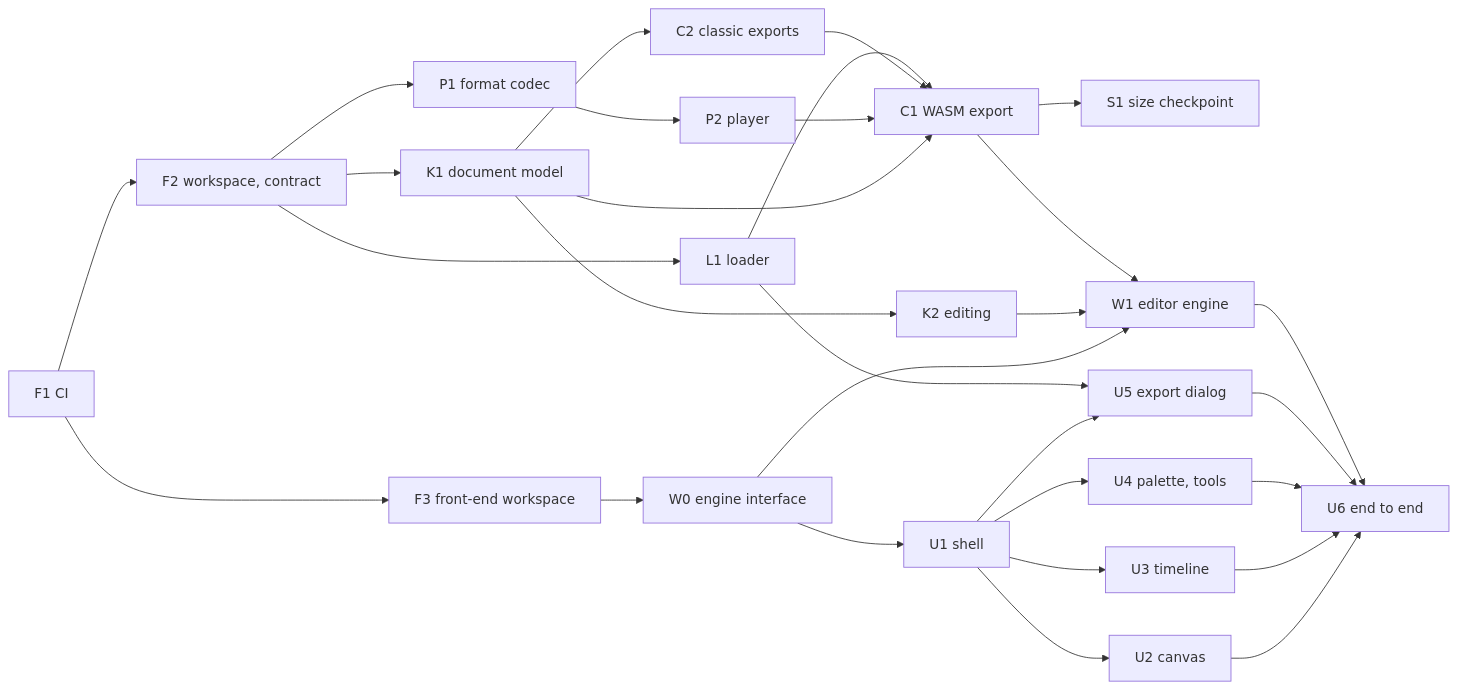
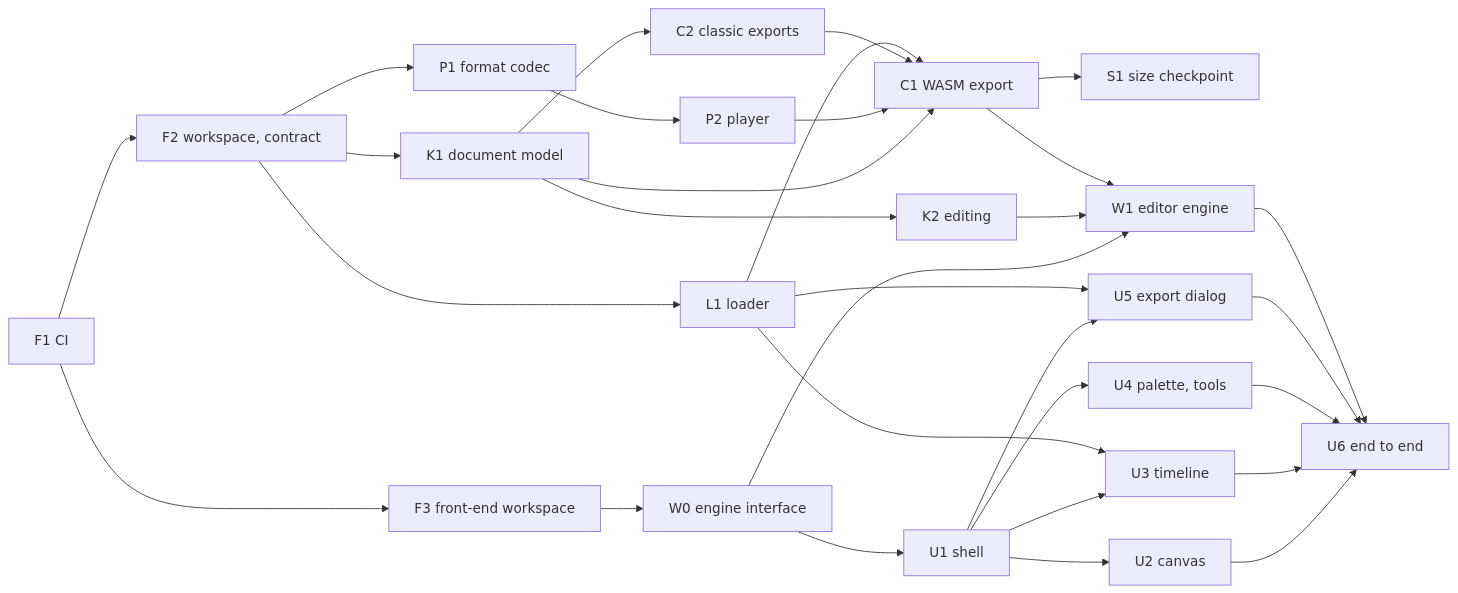
The first of 2 diagrams in docs/implementation-plan.md (LINDECKER-Charles/app-life-pixel), drawn with Mermaid before and after one commit. The commit also changed other lines of this file and 18 other files, not shown here.

````diff
--- a/docs/implementation-plan.md
+++ b/docs/implementation-plan.md
@@ -122,14 +139,14 @@
 ```mermaid
 flowchart LR
   F1[F1 CI] --> F2[F2 workspace, contract] & F3[F3 front-end workspace]
   F2 --> K1[K1 document model] & P1[P1 format codec] & L1[L1 loader]
   F3 --> W0[W0 engine interface] --> U1[U1 shell]
   P1 --> P2[P2 player]
   K1 --> K2[K2 editing] & C2[C2 classic exports]
   K1 & P2 & C2 & L1 --> C1[C1 WASM export]
   C1 --> S1[S1 size checkpoint]
-  U1 --> U2[U2 canvas] & U3[U3 timeline] & U4[U4 palette, tools]
-  U1 & L1 --> U5[U5 export dialog]
+  U1 --> U2[U2 canvas] & U4[U4 palette, tools]
+  U1 & L1 --> U3[U3 timeline] & U5[U5 export dialog]
   W0 & K2 & C1 --> W1[W1 editor engine]
   U2 & U3 & U4 & U5 & W1 --> U6[U6 end to end]
 ```
````
